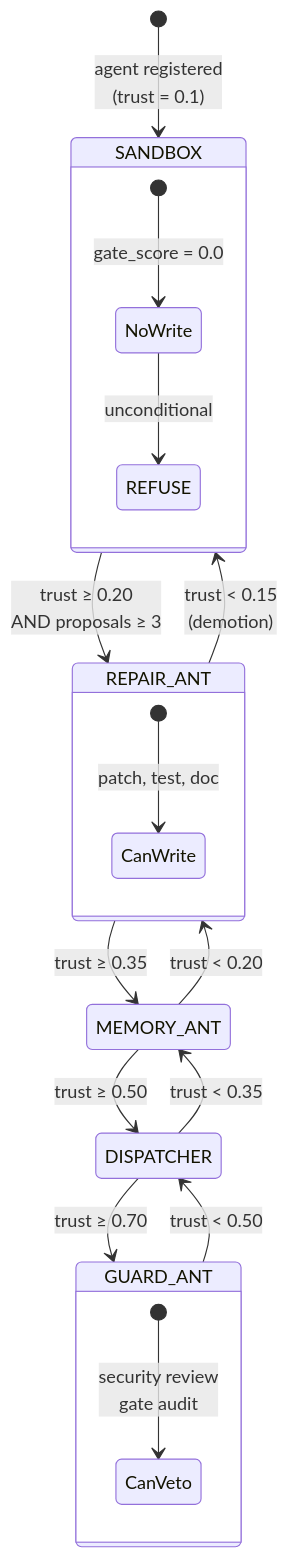
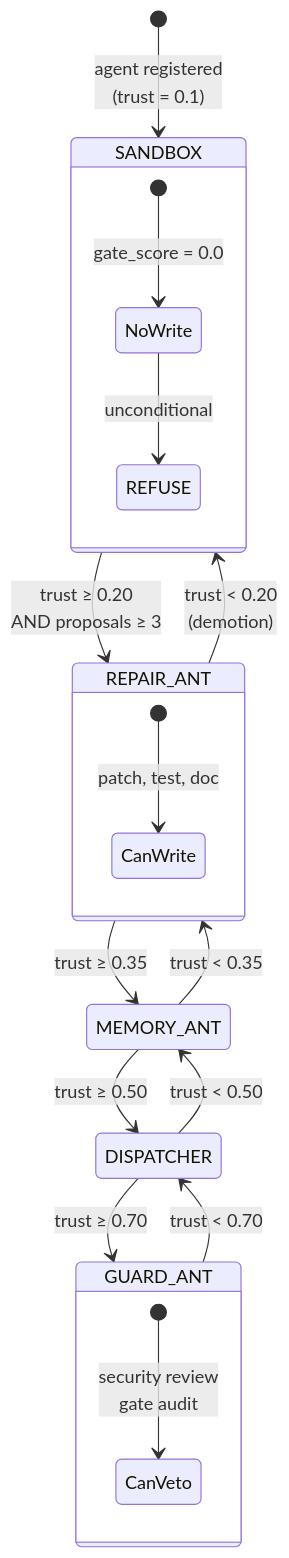
The second of 3 diagrams in docs/modules/colony_kernel/SPEC.md (docxology/codomyrmex), drawn with Mermaid before and after one commit. The commit also changed other lines of this file and 948 other files, not shown here.

````diff
--- a/docs/modules/colony_kernel/SPEC.md
+++ b/docs/modules/colony_kernel/SPEC.md
@@ -80,27 +84,27 @@
 ```mermaid
 stateDiagram-v2
     [*] --> SANDBOX : agent registered<br/>(trust = 0.1)
 
     SANDBOX --> REPAIR_ANT : trust ≥ 0.20<br/>AND proposals ≥ 3
     REPAIR_ANT --> MEMORY_ANT : trust ≥ 0.35
     MEMORY_ANT --> DISPATCHER : trust ≥ 0.50
     DISPATCHER --> GUARD_ANT : trust ≥ 0.70
 
-    REPAIR_ANT --> SANDBOX : trust < 0.15<br/>(demotion)
-    MEMORY_ANT --> REPAIR_ANT : trust < 0.20
-    DISPATCHER --> MEMORY_ANT : trust < 0.35
-    GUARD_ANT --> DISPATCHER : trust < 0.50
+    REPAIR_ANT --> SANDBOX : trust < 0.20<br/>(demotion)
+    MEMORY_ANT --> REPAIR_ANT : trust < 0.35
+    DISPATCHER --> MEMORY_ANT : trust < 0.50
+    GUARD_ANT --> DISPATCHER : trust < 0.70
 
     state SANDBOX {
         [*] --> NoWrite : gate_score = 0.0
         NoWrite --> REFUSE : unconditional
     }
 
     state REPAIR_ANT {
         [*] --> CanWrite : patch, test, doc
     }
 
     state GUARD_ANT {
         [*] --> CanVeto : security review<br/>gate audit
     }
 ```
````
